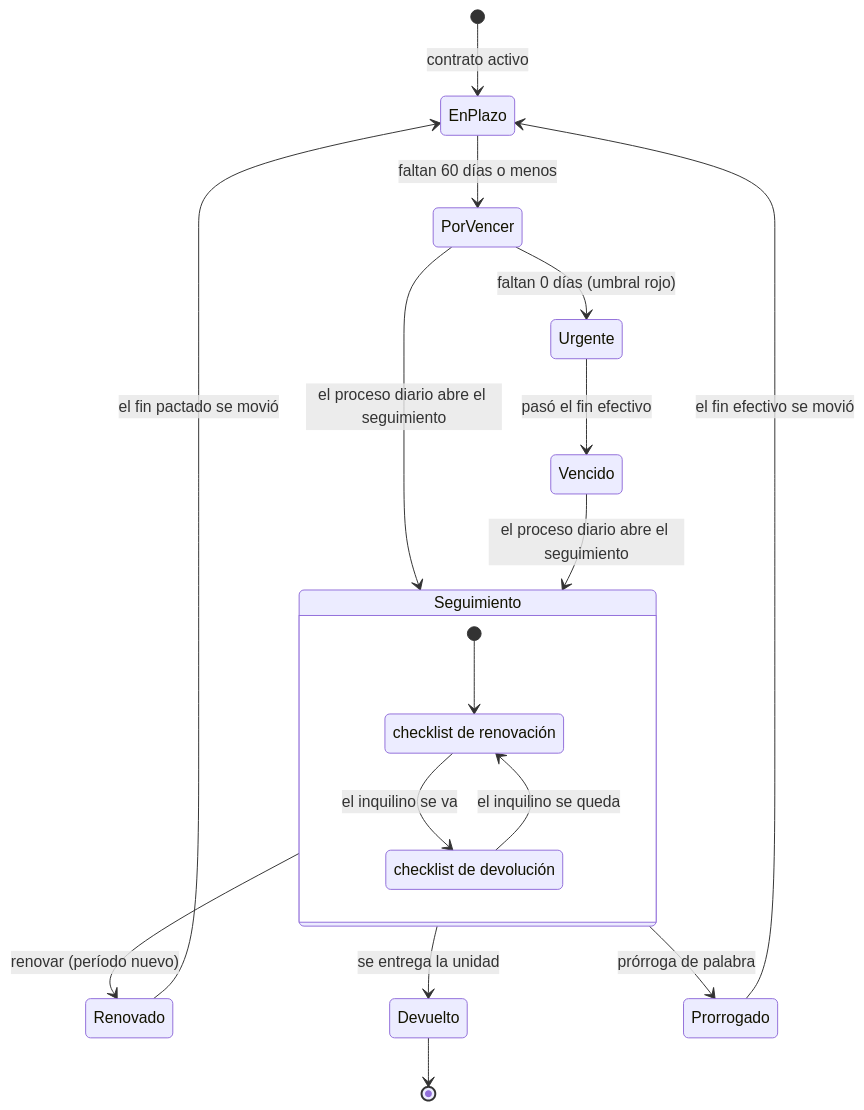
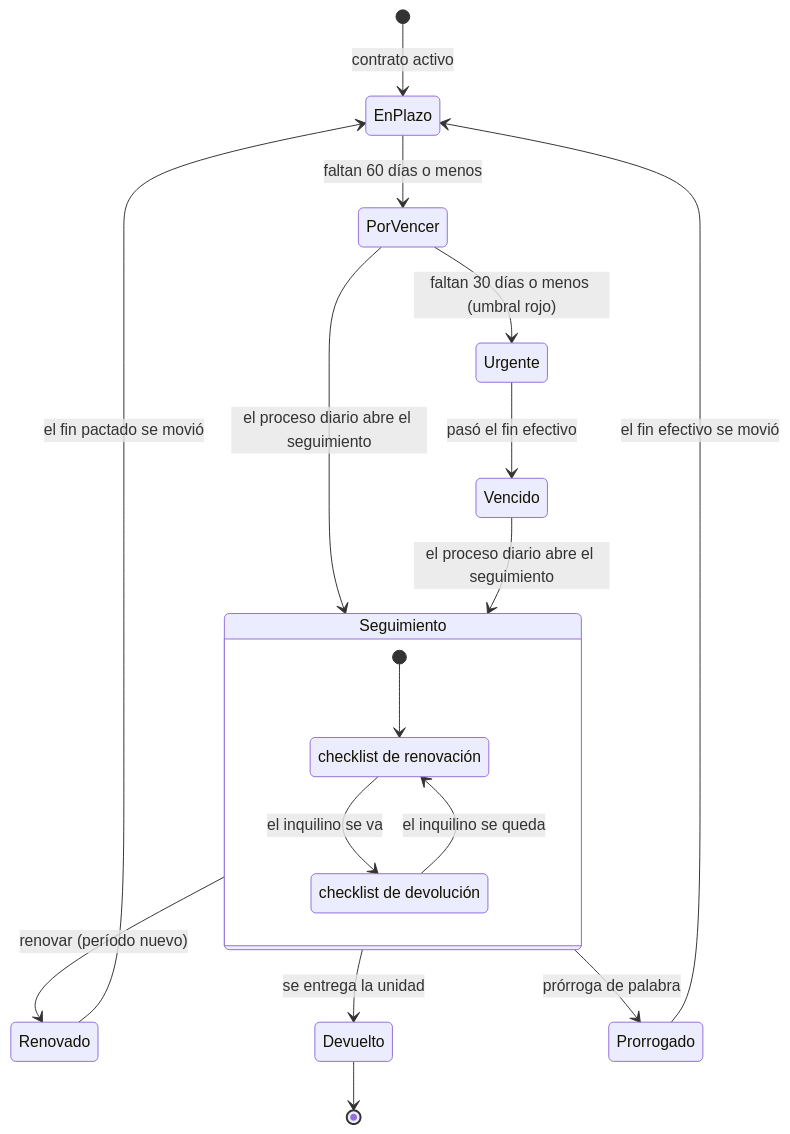
The diagram in docs/tesis/02-roles-y-casos-uso.md (RomeV16/Proyecto-Final---Realfy), drawn with Mermaid before and after one commit. The commit also changed other lines of this file and 8 other files, not shown here.

First line of the commit message:
docs: decisiones de vencimientos (umbral rojo 30, vencidos reactivados, honorarios sugeridos, CP-490 a CP-492)

````diff
--- a/docs/tesis/02-roles-y-casos-uso.md
+++ b/docs/tesis/02-roles-y-casos-uso.md
@@ -221,22 +221,22 @@
 ```mermaid
 stateDiagram-v2
     [*] --> EnPlazo: contrato activo
     EnPlazo --> PorVencer: faltan 60 días o menos
-    PorVencer --> Urgente: faltan 0 días (umbral rojo)
+    PorVencer --> Urgente: faltan 30 días o menos (umbral rojo)
     Urgente --> Vencido: pasó el fin efectivo
     PorVencer --> Seguimiento: el proceso diario abre el seguimiento
     Vencido --> Seguimiento: el proceso diario abre el seguimiento
     state Seguimiento {
         [*] --> Renovacion
         Renovacion --> Devolucion: el inquilino se va
         Devolucion --> Renovacion: el inquilino se queda
         Renovacion: checklist de renovación
         Devolucion: checklist de devolución
     }
     Seguimiento --> Renovado: renovar (período nuevo)
     Seguimiento --> Devuelto: se entrega la unidad
     Seguimiento --> Prorrogado: prórroga de palabra
     Prorrogado --> EnPlazo: el fin efectivo se movió
     Renovado --> EnPlazo: el fin pactado se movió
     Devuelto --> [*]
 ```
````
